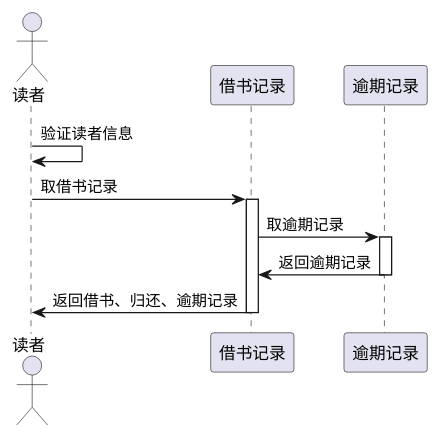
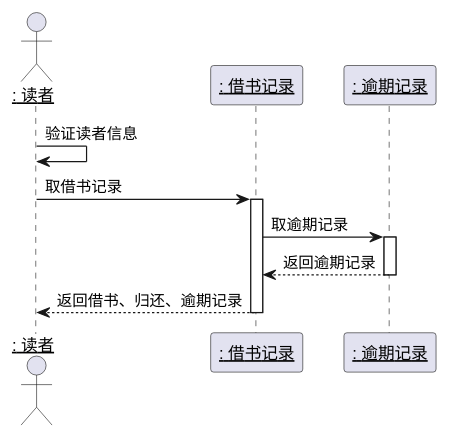
Before and after one commit to 915936476/is_analysis-3: the diagram in test4/查询借阅情况.puml, drawn with PlantUML. The commit also changed 14 other files, not shown here.

```diff
--- a/test4/查询借阅情况.puml
+++ b/test4/查询借阅情况.puml
@@ -1,12 +1,15 @@
 @startuml
-actor 读者
+actor ": 读者" as 读者
+participant ": 借书记录" as 借书记录
+participant ": 逾期记录" as 逾期记录
+skinparam sequenceParticipant underline
 读者->读者:验证读者信息
 读者->借书记录:取借书记录
 activate 借书记录
 借书记录->逾期记录:取逾期记录
 activate 逾期记录
-逾期记录->借书记录:返回逾期记录
+逾期记录-->借书记录:返回逾期记录
 deactivate 逾期记录
-借书记录->读者:返回借书、归还、逾期记录
+借书记录-->读者:返回借书、归还、逾期记录
 deactivate 借书记录
 @enduml
```
